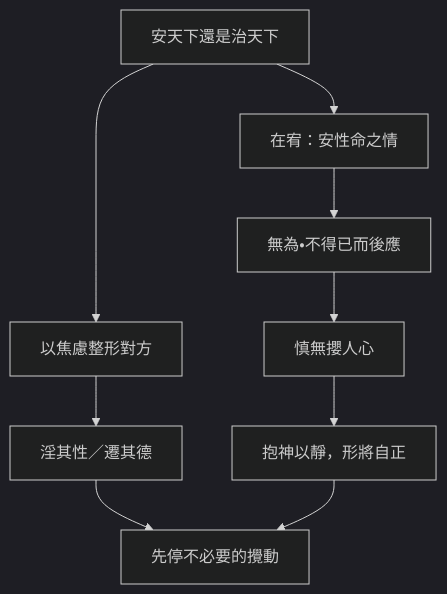
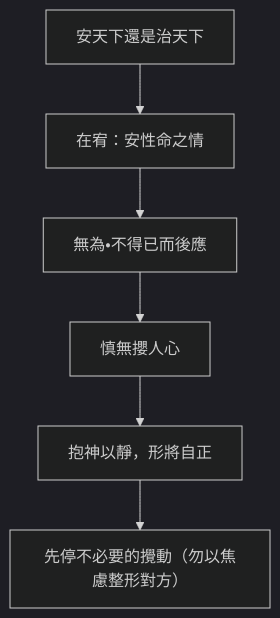
Before and after one commit to show0621/zhuangzi-atlas: the diagram in content/chapters/02-外篇/11-在宥.md, drawn with Mermaid (dark theme). The commit also changed other lines of this file and 35 other files, not shown here.

First line of the commit message:
fix(print): 全書心智圖改單欄並獨頁放大

````diff
--- a/content/chapters/02-外篇/11-在宥.md
+++ b/content/chapters/02-外篇/11-在宥.md
@@ -155,11 +155,9 @@
 ```mermaid
 flowchart TB
-  Q[安天下還是治天下] --> A[在宥：安性命之情]
-  A --> B[無為・不得已而後應]
-  B --> C[慎無攖人心]
-  C --> D[抱神以靜，形將自正]
-  Q --> T[以焦慮整形對方]
-  T --> H[淫其性／遷其德]
-  H --> R[先停不必要的攪動]
-  D --> R
+  Q["安天下還是治天下"]
+  Q --> A["在宥：安性命之情"]
+  A --> B["無為・不得已而後應"]
+  B --> C["慎無攖人心"]
+  C --> D["抱神以靜，形將自正"]
+  D --> R["先停不必要的攪動（勿以焦慮整形對方）"]
 ```
````
